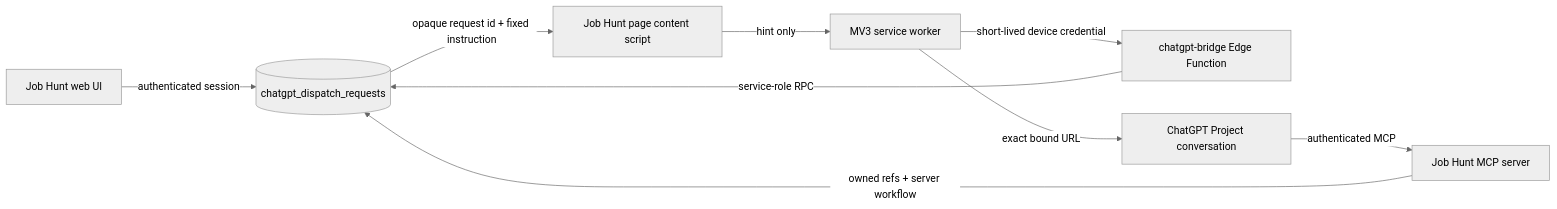
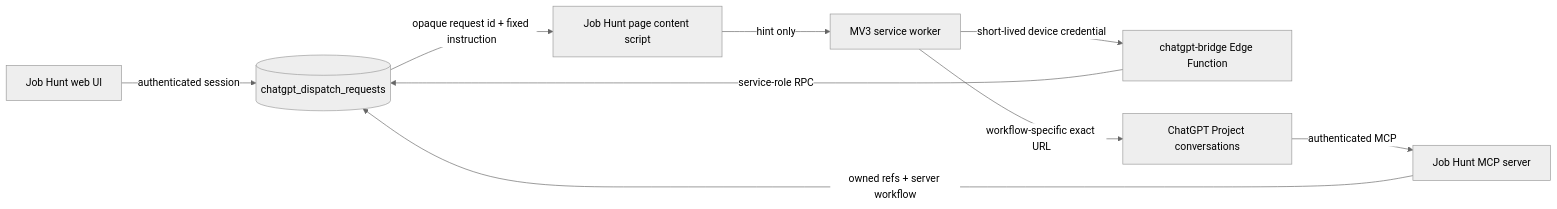
The diagram in docs/CHATGPT_BRIDGE.md (YashSooriya/job-hunt-console), drawn with Mermaid (neutral theme) before and after one commit. The commit also changed other lines of this file and 15 other files, not shown here.

Commit message:
Add automatic per-workflow ChatGPT conversation setup

````diff
--- a/docs/CHATGPT_BRIDGE.md
+++ b/docs/CHATGPT_BRIDGE.md
@@ -7,11 +7,11 @@
 ```mermaid
 flowchart LR
   UI[Job Hunt web UI] -->|authenticated session| D[(chatgpt_dispatch_requests)]
   D -->|opaque request id + fixed instruction| P[Job Hunt page content script]
   P -->|hint only| E[MV3 service worker]
   E -->|short-lived device credential| B[chatgpt-bridge Edge Function]
   B -->|service-role RPC| D
-  E -->|exact bound URL| C[ChatGPT Project conversation]
+  E -->|workflow-specific exact URL| C[ChatGPT Project conversations]
   C -->|authenticated MCP| M[Job Hunt MCP server]
   M -->|owned refs + server workflow| D
 ```
````
